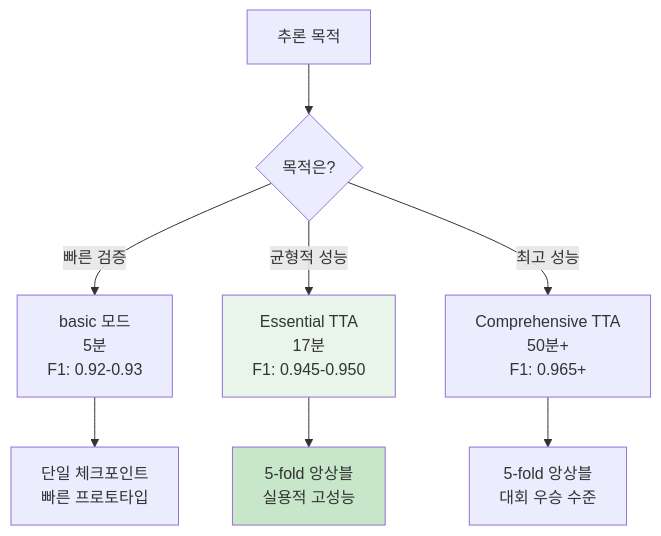
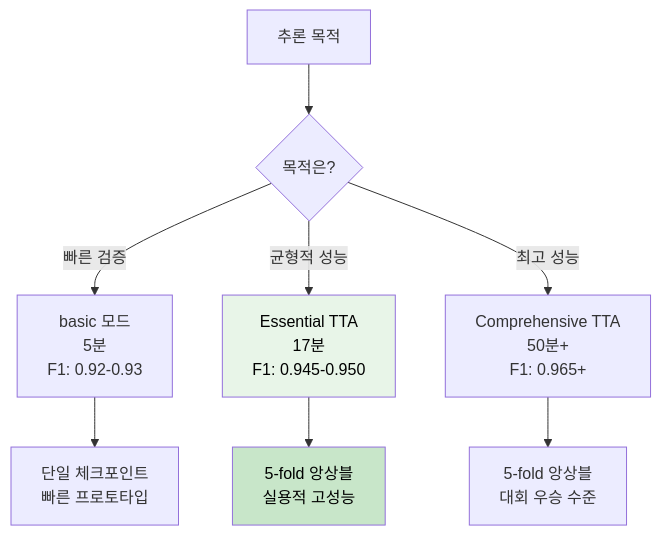
Before and after one commit to nimnusmik/CV_documents_classification_competition: the second of 2 diagrams in docs/파이프라인/추론_파이프라인_가이드.md, drawn with Mermaid. The commit also changed other lines of this file and 11 other files, not shown here.

Commit message:
docs: mermaid 글자 색상 명확한 검정색으로 수정

````diff
--- a/docs/파이프라인/추론_파이프라인_가이드.md
+++ b/docs/파이프라인/추론_파이프라인_가이드.md
@@ -221,15 +221,15 @@
 ```mermaid
 flowchart TD
     A[추론 목적] --> B{목적은?}
     
     B -->|빠른 검증| C[basic 모드<br/>5분<br/>F1: 0.92-0.93]
     B -->|균형적 성능| D[Essential TTA<br/>17분<br/>F1: 0.945-0.950]
     B -->|최고 성능| E[Comprehensive TTA<br/>50분+<br/>F1: 0.965+]
     
     C --> F[단일 체크포인트<br/>빠른 프로토타입]
     D --> G[5-fold 앙상블<br/>실용적 고성능]
     E --> H[5-fold 앙상블<br/>대회 우승 수준]
     
-    style D fill:#e8f5e8
-    style G fill:#c8e6c9
+    style D fill:#e8f5e8, color:#000000
+    style G fill:#c8e6c9, color:#000000
 ```
````
